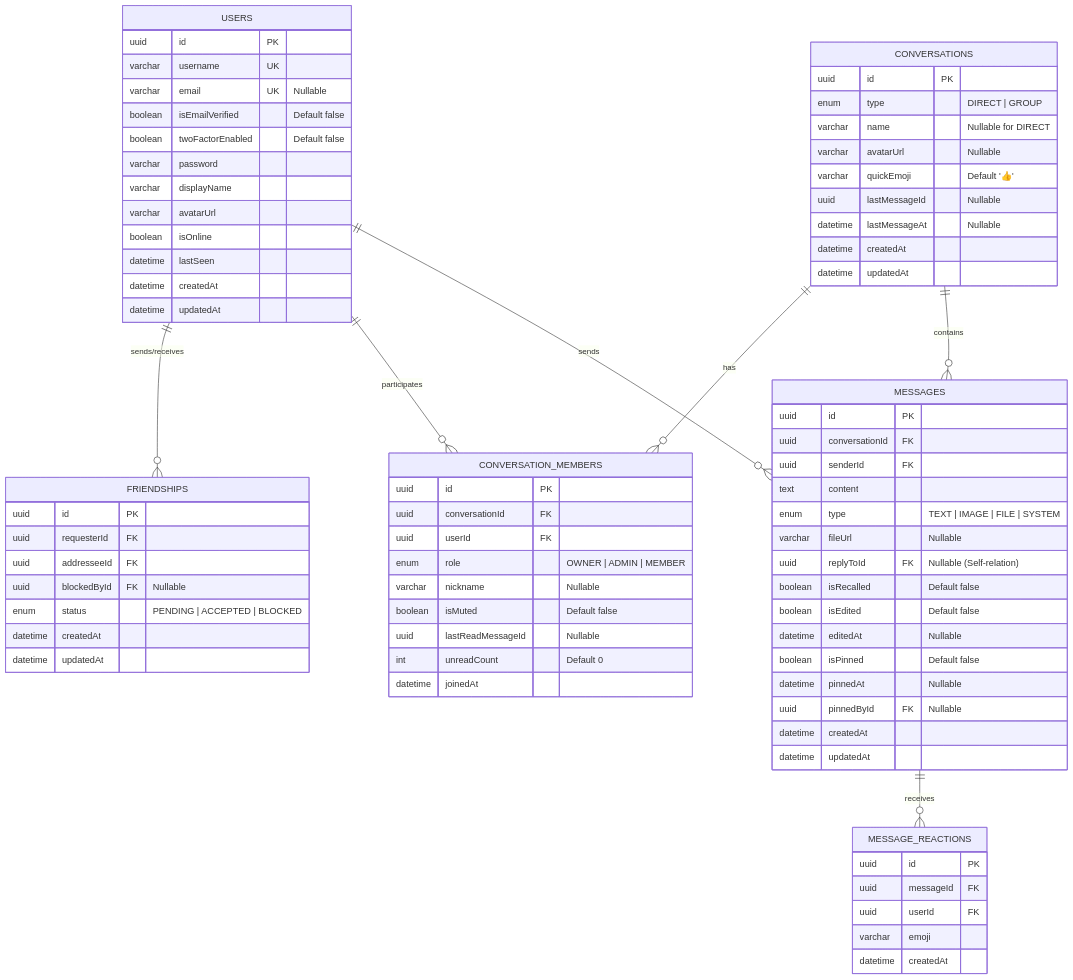
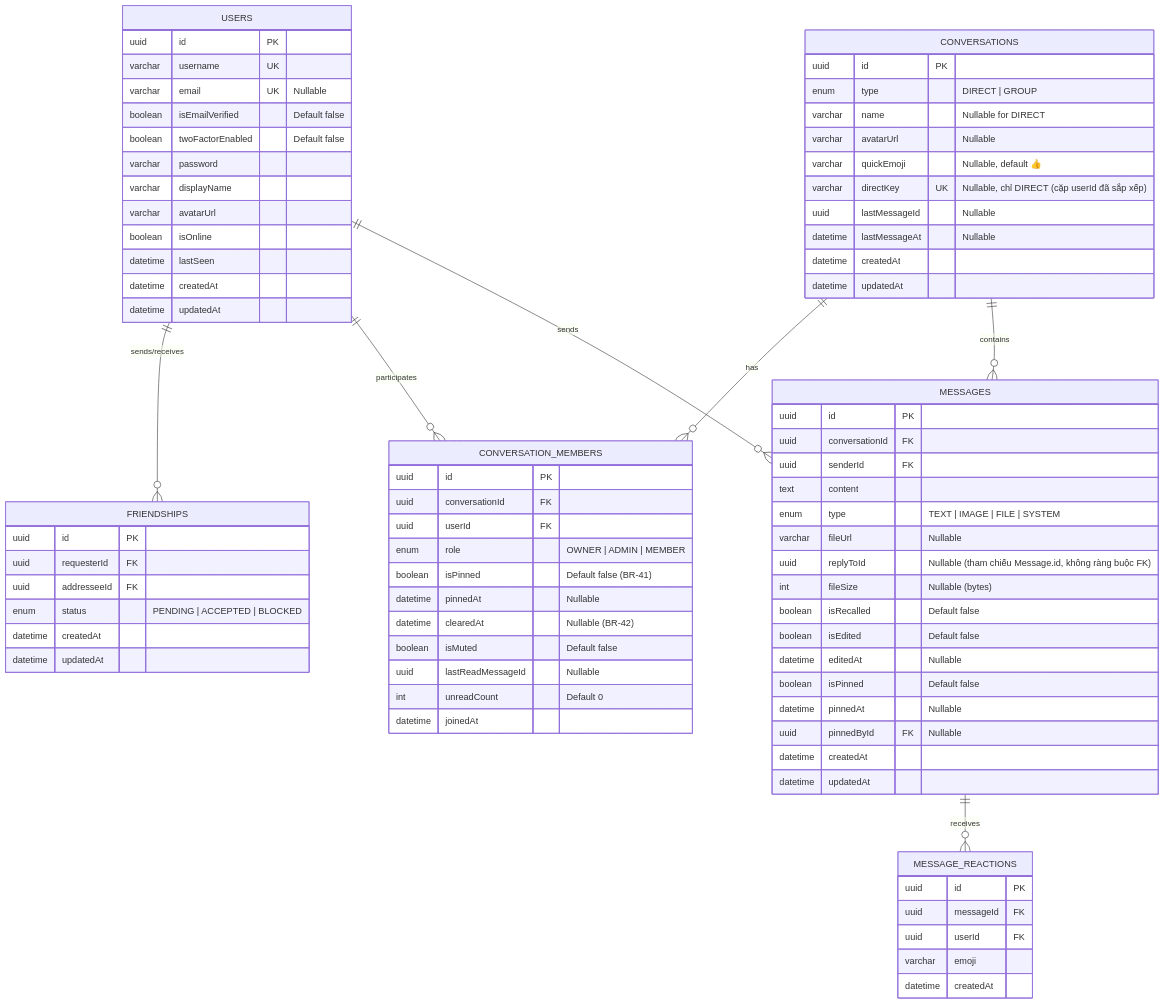
Before and after one commit to longtrandev2/ReChat: the diagram in docs/SPEC.md, drawn with Mermaid. The commit also changed other lines of this file and 4 other files, not shown here.

```diff
--- a/docs/SPEC.md
+++ b/docs/SPEC.md
@@ -300,7 +322,6 @@
         uuid id PK
         uuid requesterId FK
         uuid addresseeId FK
-        uuid blockedById FK "Nullable"
         enum status "PENDING | ACCEPTED | BLOCKED"
         datetime createdAt
         datetime updatedAt
@@ -311,7 +332,8 @@
         enum type "DIRECT | GROUP"
         varchar name "Nullable for DIRECT"
         varchar avatarUrl "Nullable"
-        varchar quickEmoji "Default '👍'"
+        varchar quickEmoji "Nullable, default 👍"
+        varchar directKey UK "Nullable, chỉ DIRECT (cặp userId đã sắp xếp)"
         uuid lastMessageId "Nullable"
         datetime lastMessageAt "Nullable"
         datetime createdAt
@@ -323,7 +345,9 @@
         uuid conversationId FK
         uuid userId FK
         enum role "OWNER | ADMIN | MEMBER"
-        varchar nickname "Nullable"
+        boolean isPinned "Default false (BR-41)"
+        datetime pinnedAt "Nullable"
+        datetime clearedAt "Nullable (BR-42)"
         boolean isMuted "Default false"
         uuid lastReadMessageId "Nullable"
         int unreadCount "Default 0"
@@ -337,7 +361,8 @@
         text content
         enum type "TEXT | IMAGE | FILE | SYSTEM"
         varchar fileUrl "Nullable"
-        uuid replyToId FK "Nullable (Self-relation)"
+        uuid replyToId "Nullable (tham chiếu Message.id, không ràng buộc FK)"
+        int fileSize "Nullable (bytes)"
         boolean isRecalled "Default false"
         boolean isEdited "Default false"
         datetime editedAt "Nullable"
```
